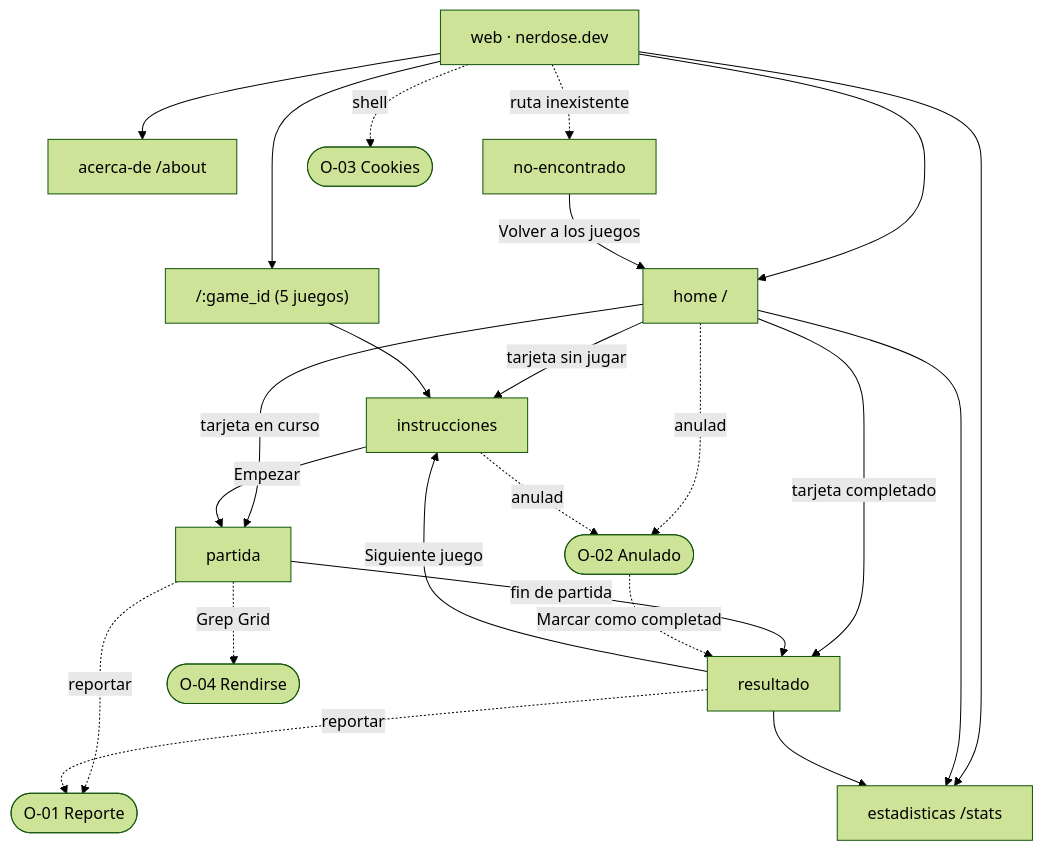
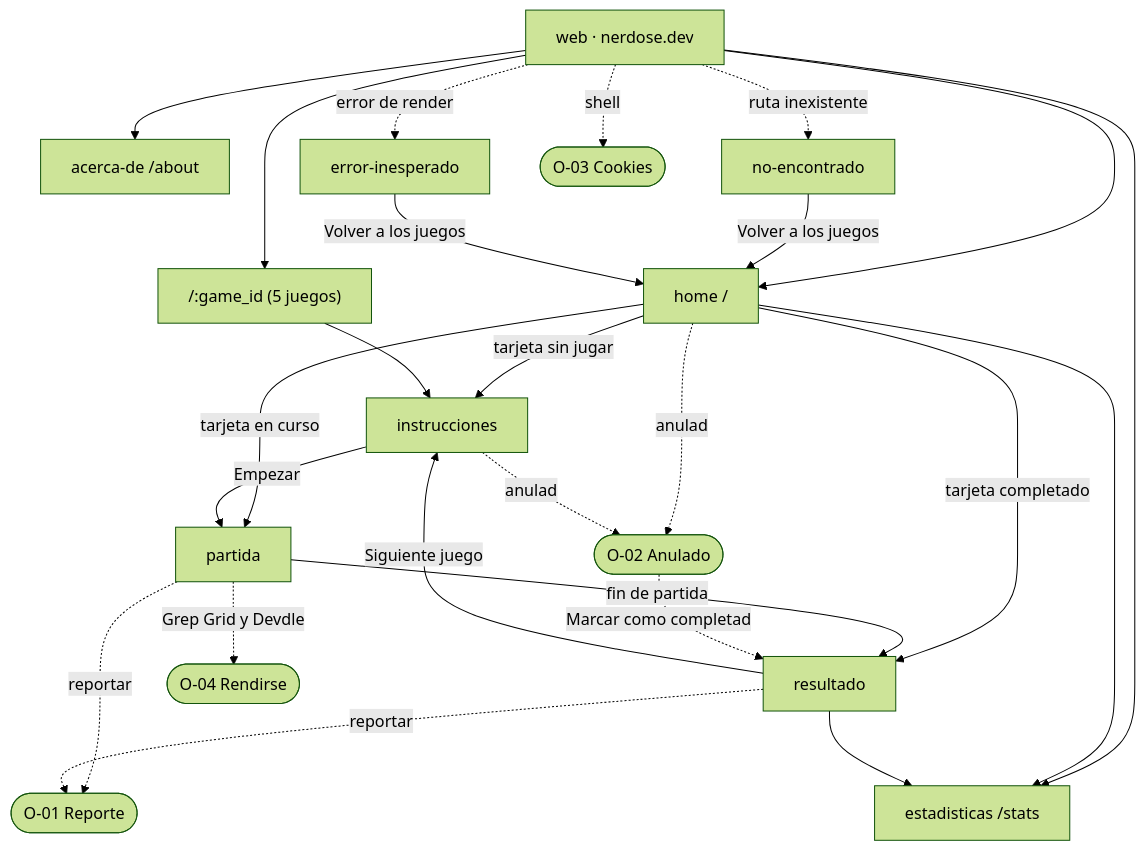
One commit to Bernacchialuca/nerdose changed the diagram in docs/ux/surfaces/web/product-map.md. Above: the diagram before and after it, drawn with Mermaid (forest theme). The commit also changed other lines of this file and 22 other files, not shown here.

First line of the commit message:
docs(REQ-012): UX web y design system con el patrón común de los juegos

````diff
--- a/docs/ux/surfaces/web/product-map.md
+++ b/docs/ux/surfaces/web/product-map.md
@@ -199,26 +207,28 @@
 ```mermaid
 flowchart TD
     Root[web · nerdose.dev]
     Root --> H[home /]
     Root --> S[estadisticas /stats]
     Root --> A[acerca-de /about]
     Root --> G["/:game_id (5 juegos)"]
     Root -.ruta inexistente.-> NF[no-encontrado]
     NF -->|Volver a los juegos| H
+    Root -.error de render.-> ER[error-inesperado]
+    ER -->|Volver a los juegos| H
     H -->|tarjeta sin jugar| GI[instrucciones]
     H -->|tarjeta en curso| GP[partida]
     H -->|tarjeta completado| GR[resultado]
     G --> GI
     GI -->|Empezar| GP
     GP -->|fin de partida| GR
     GP -.reportar.-> O1([O-01 Reporte])
     GR -.reportar.-> O1
     H -.anulado.-> O2([O-02 Anulado])
     GI -.anulado.-> O2
     O2 -.Marcar como completado.-> GR
-    GP -.Grep Grid.-> O4([O-04 Rendirse])
+    GP -.Grep Grid y Devdle.-> O4([O-04 Rendirse])
     Root -.shell.-> O3([O-03 Cookies])
     H --> S
     GR --> S
     GR -->|Siguiente juego| GI
 ```
````
